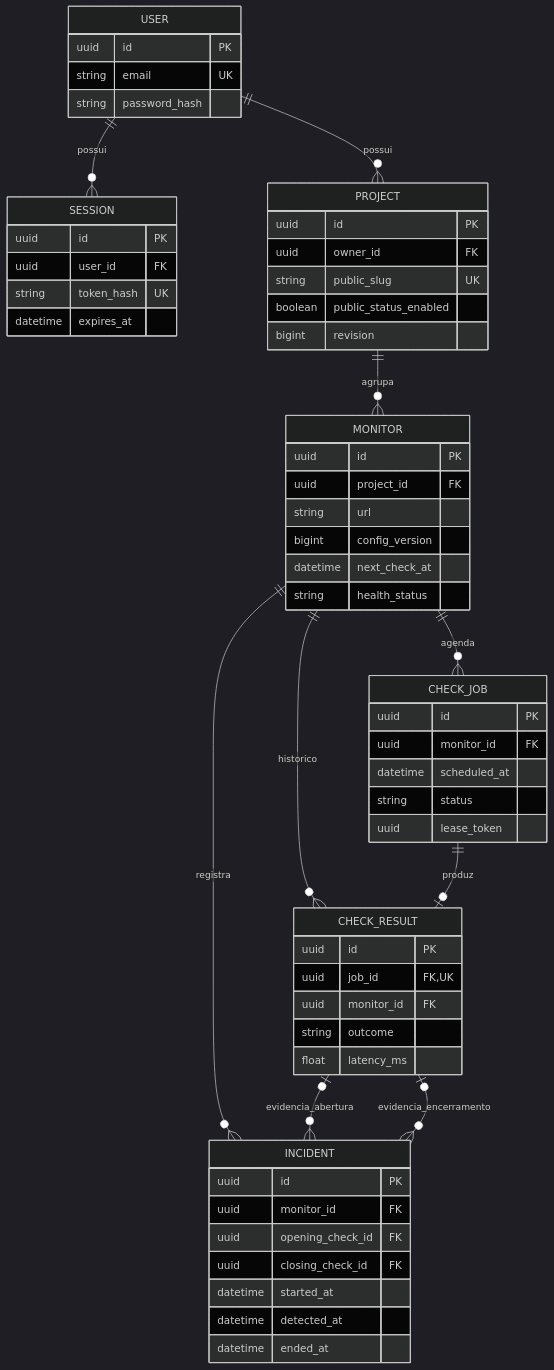
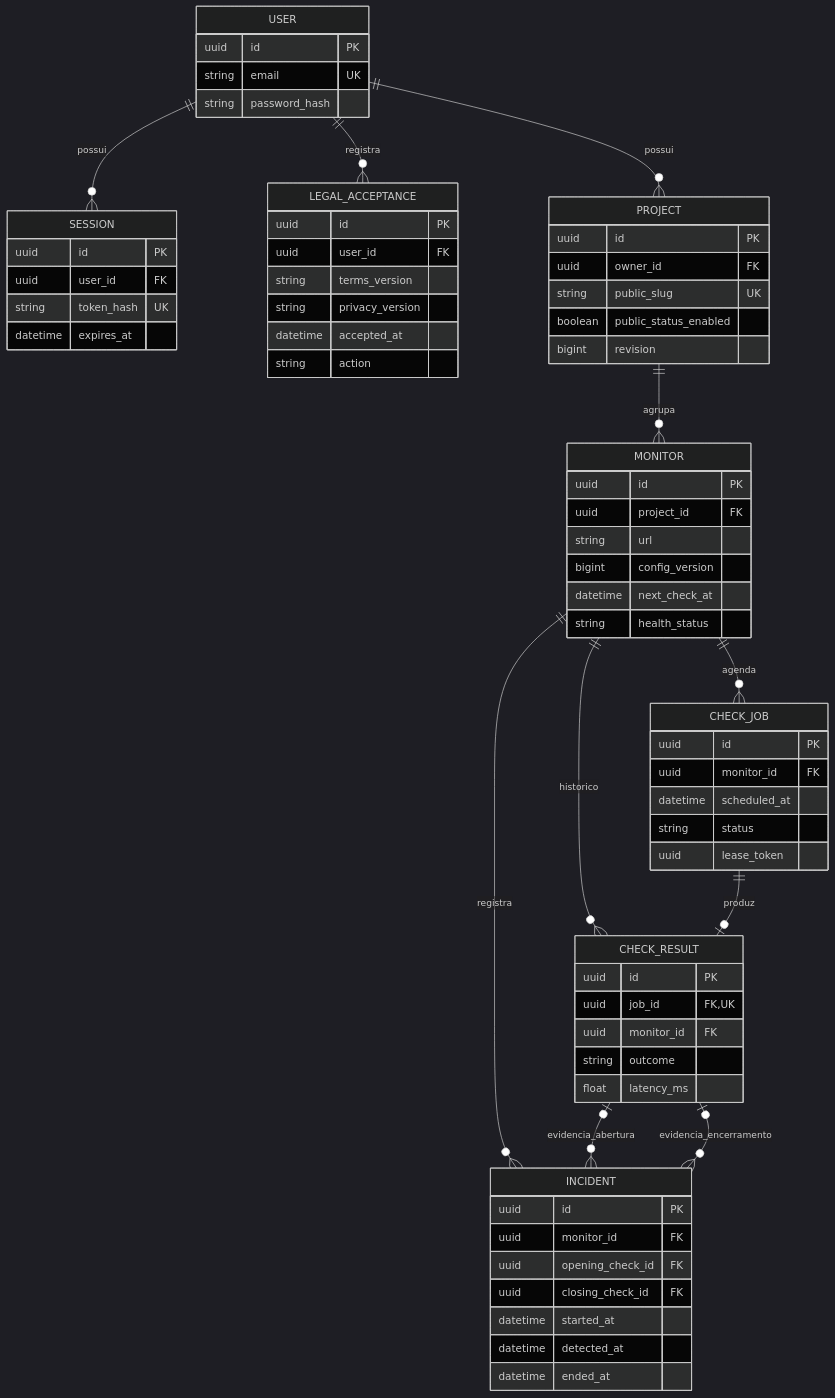
The diagram in docs/DATABASE.md (fmvini/Vigil), drawn with Mermaid (dark theme) before and after one commit. The commit also changed other lines of this file and 6 other files, not shown here.

````diff
--- a/docs/DATABASE.md
+++ b/docs/DATABASE.md
@@ -188,62 +202,71 @@
 ```mermaid
 erDiagram
     USER ||--o{ SESSION : possui
+    USER ||--o{ LEGAL_ACCEPTANCE : registra
     USER ||--o{ PROJECT : possui
     PROJECT ||--o{ MONITOR : agrupa
     MONITOR ||--o{ CHECK_JOB : agenda
     MONITOR ||--o{ CHECK_RESULT : historico
     CHECK_JOB ||--o| CHECK_RESULT : produz
     MONITOR ||--o{ INCIDENT : registra
     CHECK_RESULT o|--o{ INCIDENT : evidencia_abertura
     CHECK_RESULT o|--o{ INCIDENT : evidencia_encerramento
 
     USER {
         uuid id PK
         string email UK
         string password_hash
     }
     SESSION {
         uuid id PK
         uuid user_id FK
         string token_hash UK
         datetime expires_at
+    }
+    LEGAL_ACCEPTANCE {
+        uuid id PK
+        uuid user_id FK
+        string terms_version
+        string privacy_version
+        datetime accepted_at
+        string action
     }
     PROJECT {
         uuid id PK
         uuid owner_id FK
         string public_slug UK
         boolean public_status_enabled
         bigint revision
     }
     MONITOR {
         uuid id PK
         uuid project_id FK
         string url
         bigint config_version
         datetime next_check_at
         string health_status
     }
     CHECK_JOB {
         uuid id PK
         uuid monitor_id FK
         datetime scheduled_at
         string status
         uuid lease_token
     }
     CHECK_RESULT {
         uuid id PK
         uuid job_id FK, UK
         uuid monitor_id FK
         string outcome
         float latency_ms
     }
     INCIDENT {
         uuid id PK
         uuid monitor_id FK
         uuid opening_check_id FK
         uuid closing_check_id FK
         datetime started_at
         datetime detected_at
         datetime ended_at
     }
 ```
````
